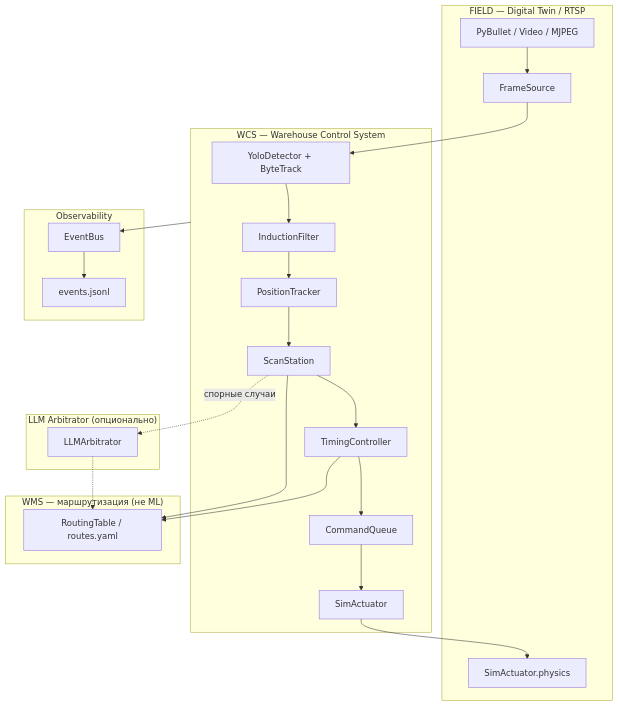
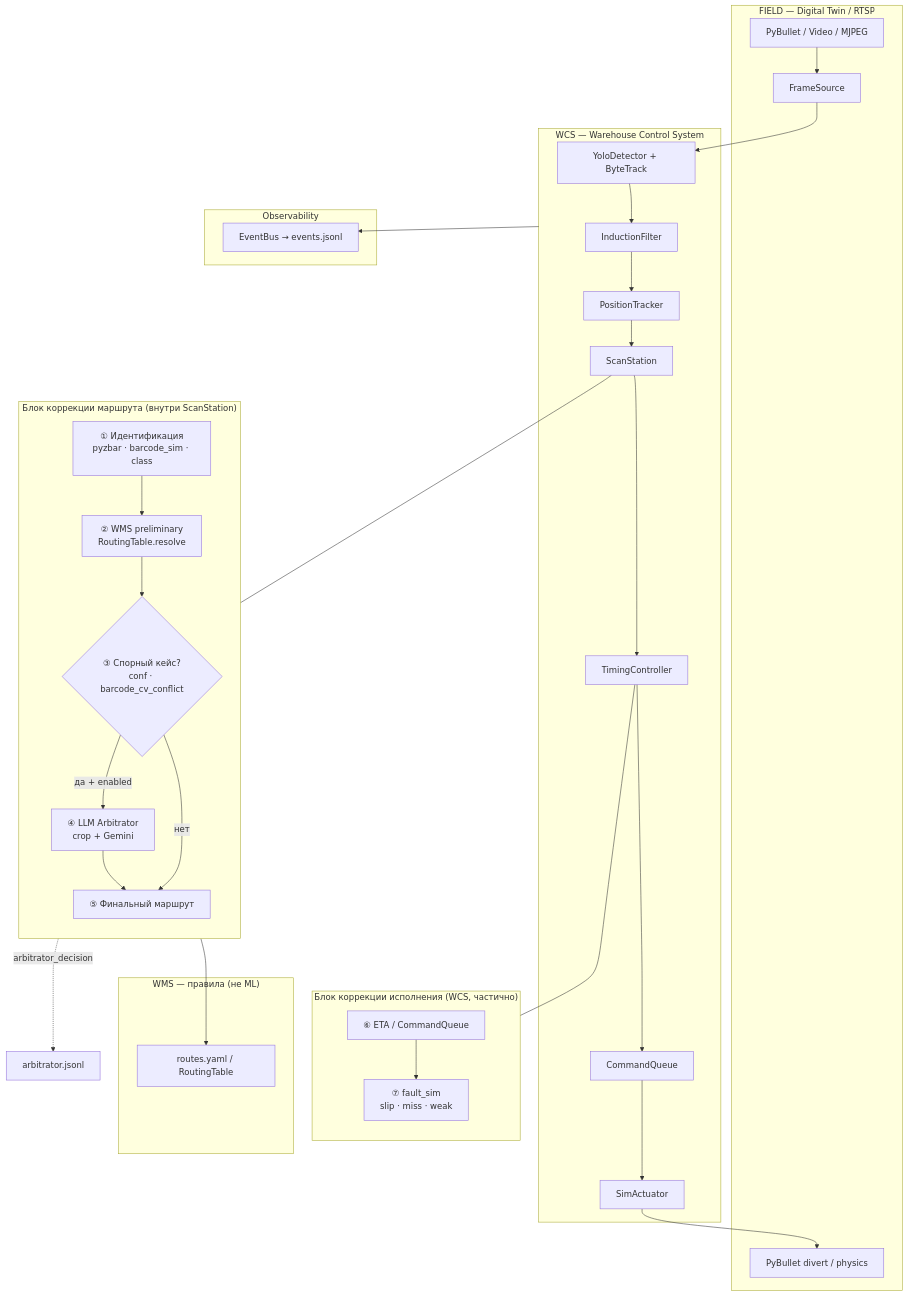
The first of 2 diagrams in ARCHITECTURE.md (kobyzev-yuri/ozon), drawn with Mermaid before and after one commit. The commit also changed other lines of this file and 16 other files, not shown here.

First line of the commit message:
Add correction blocks to architecture, fault sim, and barcode sim.

````diff
--- a/ARCHITECTURE.md
+++ b/ARCHITECTURE.md
@@ -18,43 +18,56 @@
 ```mermaid
 flowchart TB
     subgraph FIELD["FIELD — Digital Twin / RTSP"]
         FS[FrameSource]
         PB[PyBullet / Video / MJPEG]
-        ACT_PH[SimActuator.physics]
+        ACT_PH[PyBullet divert / physics]
         PB --> FS
     end
 
     subgraph WCS["WCS — Warehouse Control System"]
         DET[YoloDetector + ByteTrack]
         IND[InductionFilter]
         SCAN[ScanStation]
         POS[PositionTracker]
         TIM[TimingController]
         Q[CommandQueue]
         SA[SimActuator]
-        FS --> DET --> IND --> POS
-        POS --> SCAN
+        FS --> DET --> IND --> POS --> SCAN
         SCAN --> TIM --> Q --> SA
         SA --> ACT_PH
     end
 
-    subgraph WMS["WMS — маршрутизация (не ML)"]
-        RT[RoutingTable / routes.yaml]
-        SCAN --> RT
-        TIM --> RT
+    subgraph CORR_SCAN["Блок коррекции маршрута (внутри ScanStation)"]
+        direction TB
+        ID["① Идентификация<br/>pyzbar · barcode_sim · class"]
+        WMS_P["② WMS preliminary<br/>RoutingTable.resolve"]
+        CHK{"③ Спорный кейс?<br/>conf · barcode_cv_conflict"}
+        LLM["④ LLM Arbitrator<br/>crop + Gemini"]
+        ROUTE["⑤ Финальный маршрут"]
+        ID --> WMS_P --> CHK
+        CHK -->|да + enabled| LLM --> ROUTE
+        CHK -->|нет| ROUTE
     end
 
-    subgraph ARB["LLM Arbitrator (опционально)"]
-        LLM[LLMArbitrator]
-        SCAN -.->|спорные случаи| LLM
-        LLM -.-> RT
+    subgraph CORR_EXEC["Блок коррекции исполнения (WCS, частично)"]
+        direction TB
+        ETA["⑥ ETA / CommandQueue"]
+        FAULT["⑦ fault_sim<br/>slip · miss · weak"]
+        ETA --> FAULT
     end
 
+    subgraph WMS["WMS — правила (не ML)"]
+        RT[routes.yaml / RoutingTable]
+    end
+
+    SCAN --- CORR_SCAN
+    WMS_P --> RT
+    LLM -.->|arbitrator_decision| AJL[arbitrator.jsonl]
+    TIM --- CORR_EXEC
+
     subgraph OBS["Observability"]
-        EB[EventBus]
-        JL[events.jsonl]
-        EB --> JL
+        EB[EventBus → events.jsonl]
     end
 
     WCS --> EB
 ```
````
